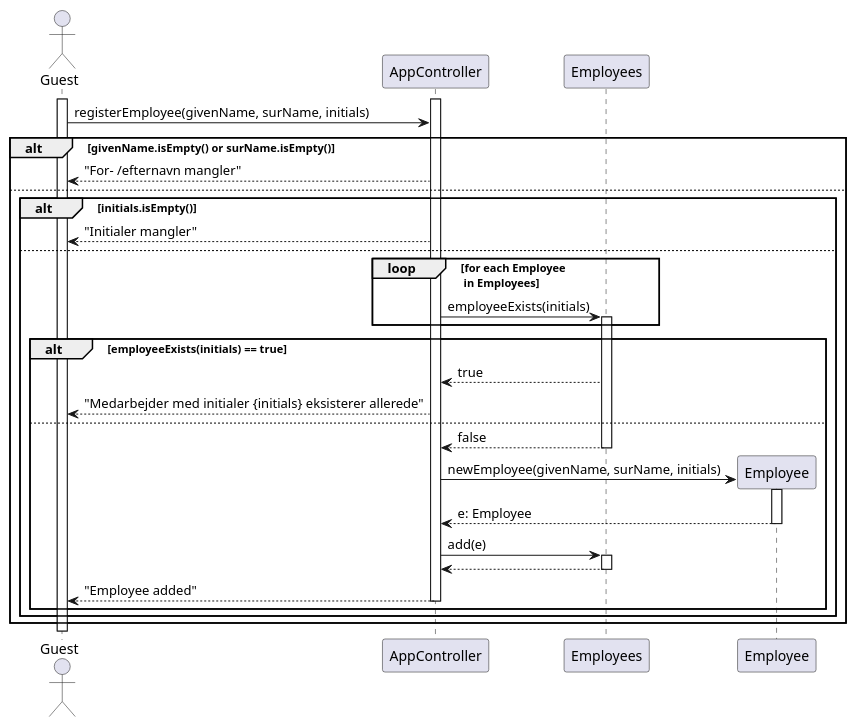
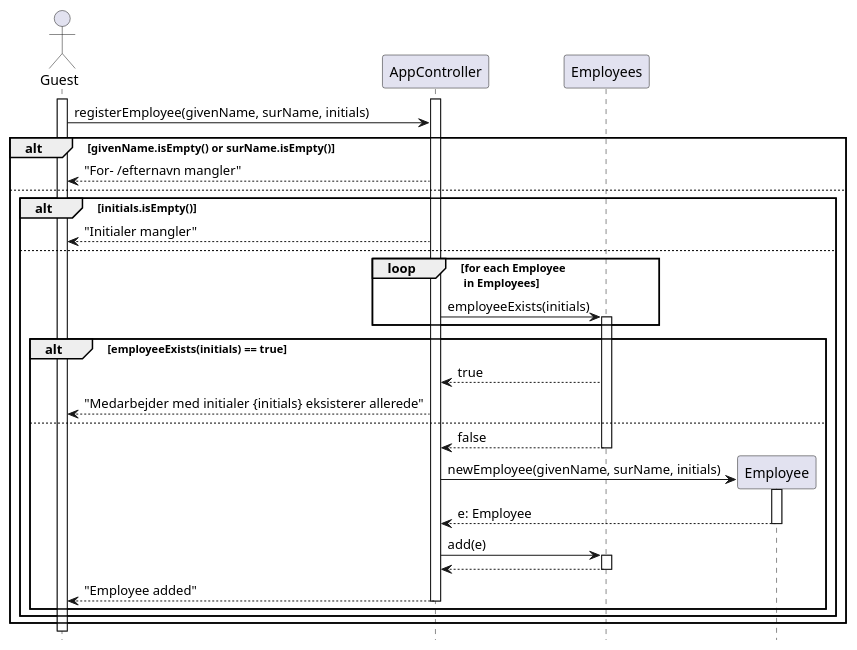
Before and after one commit to rwiuff/02161ExamProject: the diagram in RequirementsAndDesign/SequenceDiagrams/seq_register_employee.puml, drawn with PlantUML. The commit also changed 24 other files, not shown here.

Commit message:
Removed footbox from plantUML

```diff
--- a/RequirementsAndDesign/SequenceDiagrams/seq_register_employee.puml
+++ b/RequirementsAndDesign/SequenceDiagrams/seq_register_employee.puml
@@ -1,44 +1,45 @@
-@startuml registerEmployee
+@startuml seq_registerEmployee
+hide footbox
 actor "Guest" as guest
 participant "AppController" as app
 participant "Employees" as em
 participant "Employee" as inst
 
 activate guest
 activate app
 guest -> app: registerEmployee(givenName, surName, initials)
 
 alt givenName.isEmpty() or surName.isEmpty()
 
 app --> guest: "For- /efternavn mangler"
 
 else 
 alt initials.isEmpty()
 app --> guest: "Initialer mangler"
 
 else
 
 loop for each Employee \n in Employees
 app -> em: employeeExists(initials)
 activate em
 end
 alt employeeExists(initials) == true
 em --> app: true
 app --> guest: "Medarbejder med initialer {initials} eksisterer allerede"
 else
 em --> app: false
 deactivate em
 app -> inst **: newEmployee(givenName, surName, initials)
 activate inst
 inst --> app: e: Employee
 deactivate inst
 app -> em: add(e)
 activate em
 em --> app
 deactivate em
 app --> guest: "Employee added"
 deactivate app
 end
 end
 end
 @enduml
```
